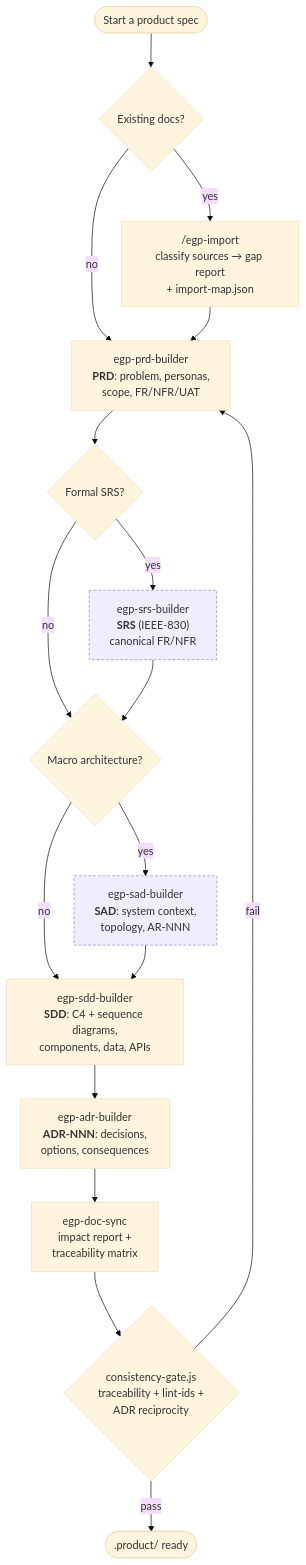
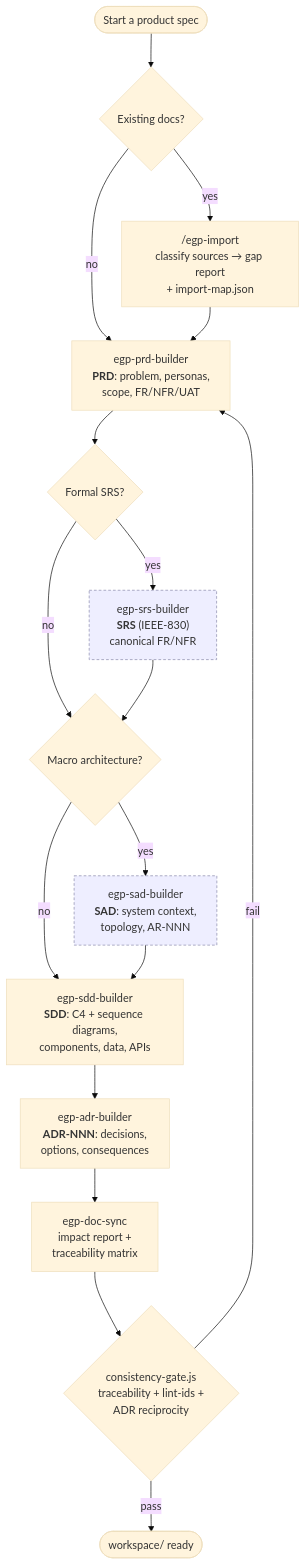
One commit to vivaldomp/engineering-product-skills changed the diagram in README.md. Above: the diagram before and after it, drawn with Mermaid (base theme). The commit also changed other lines of this file and 4 other files, not shown here.

````diff
--- a/README.md
+++ b/README.md
@@ -96,27 +102,27 @@
 ```mermaid
 flowchart TD
     Start([Start a product spec]) --> Has{Existing docs?}
     Has -- yes --> Import["/egp-import<br/>classify sources → gap report<br/>+ import-map.json"]
     Has -- no --> PRD
     Import --> PRD
 
     PRD["egp-prd-builder<br/><b>PRD</b>: problem, personas,<br/>scope, FR/NFR/UAT"]
     PRD --> SRSq{Formal SRS?}
     SRSq -- yes --> SRS["egp-srs-builder<br/><b>SRS</b> (IEEE-830)<br/>canonical FR/NFR"]
     SRSq -- no --> SADq
     SRS --> SADq{Macro architecture?}
     SADq -- yes --> SAD["egp-sad-builder<br/><b>SAD</b>: system context,<br/>topology, AR-NNN"]
     SADq -- no --> SDD
     SAD --> SDD
 
     SDD["egp-sdd-builder<br/><b>SDD</b>: C4 + sequence diagrams,<br/>components, data, APIs"]
     SDD --> ADR["egp-adr-builder<br/><b>ADR-NNN</b>: decisions,<br/>options, consequences"]
     ADR --> Sync["egp-doc-sync<br/>impact report +<br/>traceability matrix"]
 
     Sync --> Gate{"consistency-gate.js<br/>traceability + lint-ids +<br/>ADR reciprocity"}
-    Gate -- pass --> Done([".product/ ready"])
+    Gate -- pass --> Done(["workspace/ ready"])
     Gate -- "fail" --> PRD
 
     classDef opt fill:#eef,stroke:#88a,stroke-dasharray:4 3;
     class SRS,SAD opt;
 ```
````
